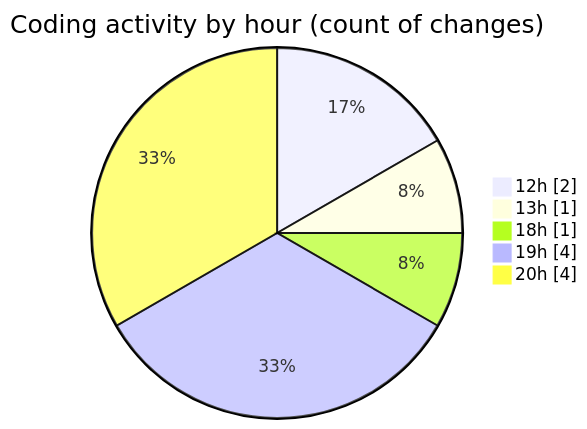
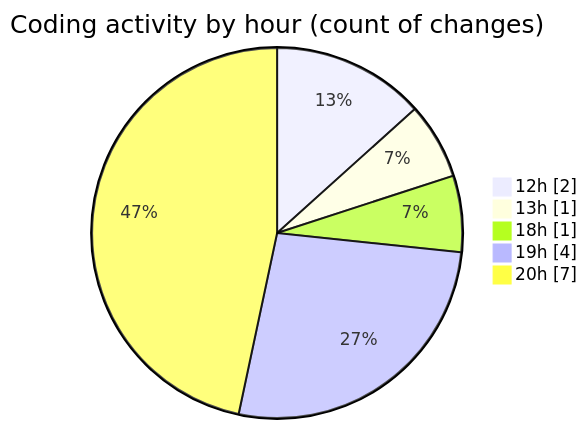
One commit to NitaiMahat/code-tracking changed the second of 2 diagrams in 2025-02-10/classwork/README.md. Above: the diagram before and after it, drawn with Mermaid. The commit also changed other lines of this file and 1 other file, not shown here.

````diff
--- a/2025-02-10/classwork/README.md
+++ b/2025-02-10/classwork/README.md
@@ -33,9 +33,9 @@
 ```mermaid
 pie showData
 title Coding activity by hour (count of changes)
 "12h" : 2
 "13h" : 1
 "18h" : 1
 "19h" : 4
-"20h" : 4
+"20h" : 7
 ```
````
